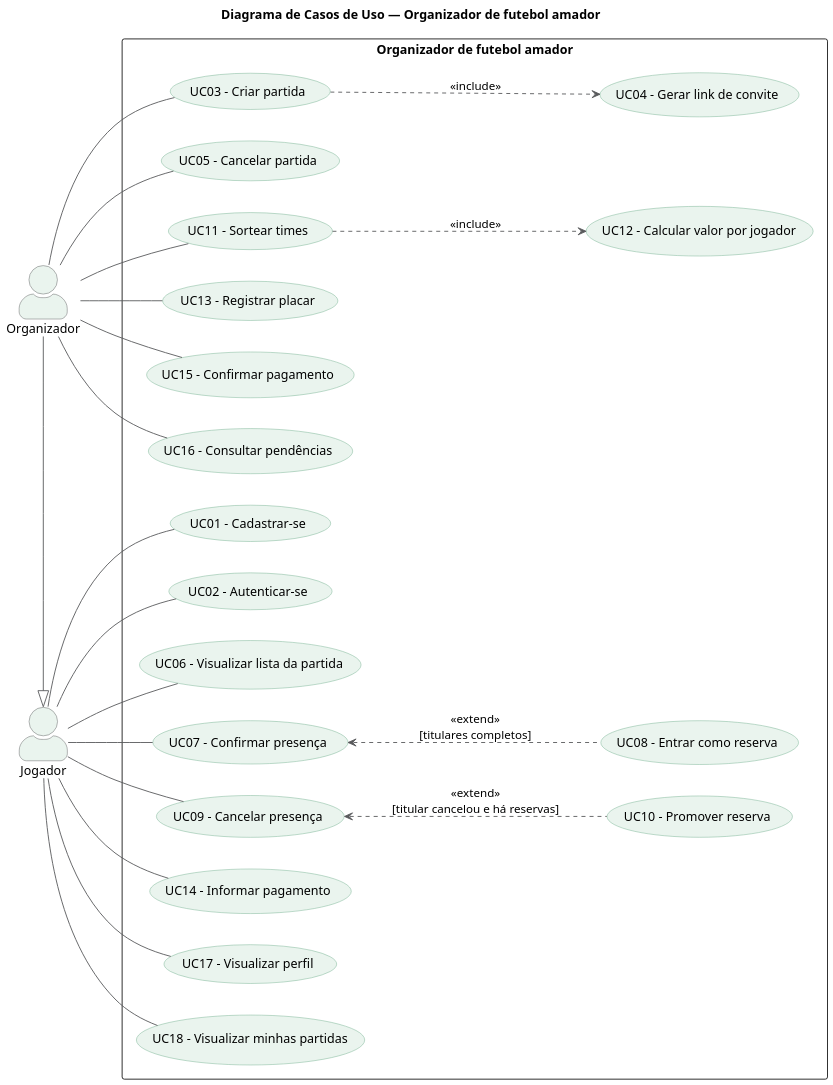
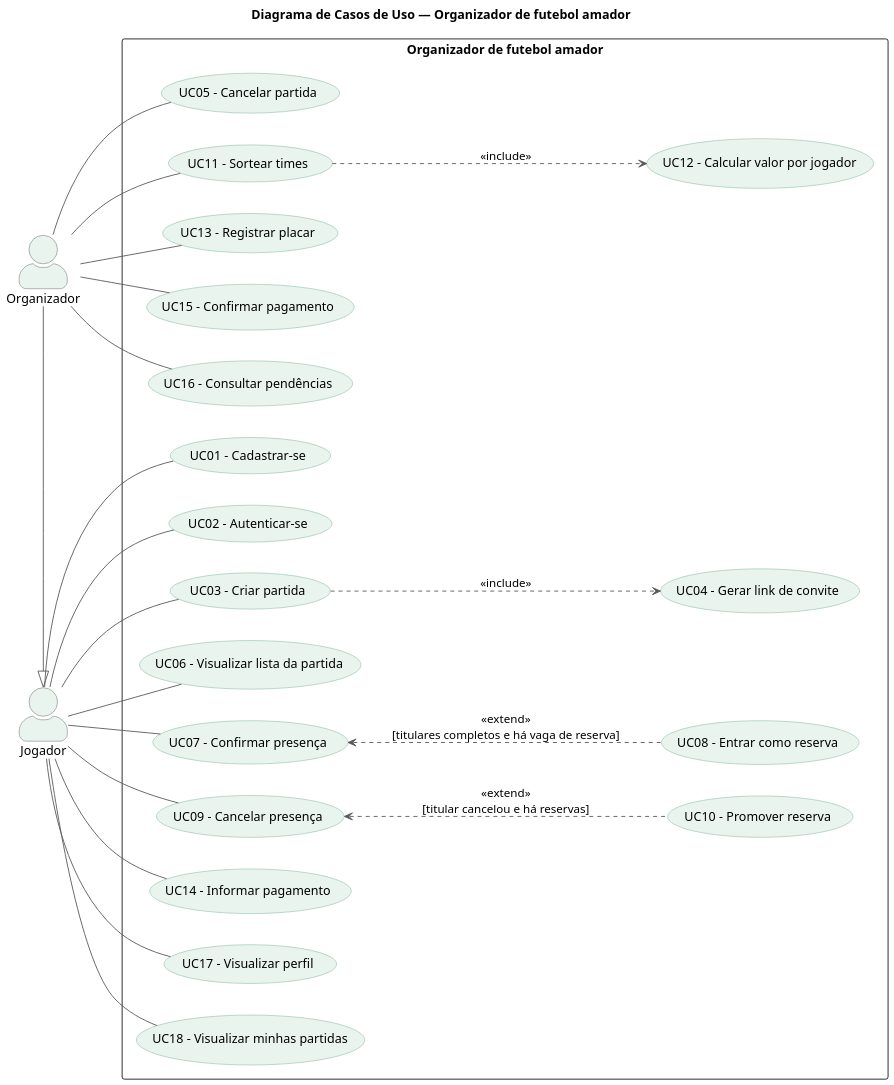
The diagram in diagramas/casos_de_uso.puml (VictorAndreon/Organizador-futebol-amador), drawn with PlantUML before and after one commit. The commit also changed 15 other files, not shown here.

```diff
--- a/diagramas/casos_de_uso.puml
+++ b/diagramas/casos_de_uso.puml
@@ -1,79 +1,79 @@
 @startuml casos_de_uso
 title Diagrama de Casos de Uso — Organizador de futebol amador
 
 skinparam dpi 150
 
 left to right direction
 skinparam actorStyle awesome
 skinparam packageStyle rectangle
 skinparam ArrowColor #58595B
 skinparam ActorBorderColor #58595B
 skinparam ActorBackgroundColor #EAF4EE
 skinparam usecase {
   BackgroundColor #EAF4EE
   BorderColor #6FAE8C
 }
 
 actor "Jogador" as Jogador
 actor "Organizador" as Organizador
 
 Organizador -|> Jogador
 
 rectangle "Organizador de futebol amador" {
   ' Conta
   usecase "UC01 - Cadastrar-se" as UC01
   usecase "UC02 - Autenticar-se" as UC02
 
   ' Partida
   usecase "UC03 - Criar partida" as UC03
   usecase "UC04 - Gerar link de convite" as UC04
   usecase "UC05 - Cancelar partida" as UC05
   usecase "UC06 - Visualizar lista da partida" as UC06
 
   ' Presença
   usecase "UC07 - Confirmar presença" as UC07
   usecase "UC08 - Entrar como reserva" as UC08
   usecase "UC09 - Cancelar presença" as UC09
   usecase "UC10 - Promover reserva" as UC10
 
   ' Jogo
   usecase "UC11 - Sortear times" as UC11
   usecase "UC12 - Calcular valor por jogador" as UC12
   usecase "UC13 - Registrar placar" as UC13
 
   ' Pagamento
   usecase "UC14 - Informar pagamento" as UC14
   usecase "UC15 - Confirmar pagamento" as UC15
   usecase "UC16 - Consultar pendências" as UC16
 
   ' Perfil
   usecase "UC17 - Visualizar perfil" as UC17
   usecase "UC18 - Visualizar minhas partidas" as UC18
 }
 
 ' Jogador
 Jogador -- UC01
 Jogador -- UC02
+Jogador -- UC03
 Jogador -- UC06
 Jogador -- UC07
 Jogador -- UC09
 Jogador -- UC14
 Jogador -- UC17
 Jogador -- UC18
 
-' Organizador (também herda todos os casos do Jogador)
-Organizador -- UC03
+' Organizador = quem criou a partida (também herda todos os casos do Jogador)
 Organizador -- UC05
 Organizador -- UC11
 Organizador -- UC13
 Organizador -- UC15
 Organizador -- UC16
 
 ' Relacionamentos ("A <.. B" desenha a seta de B para A,
 ' mantendo o caso base perto do ator)
 UC03 ..> UC04 : <<include>>
 UC11 ..> UC12 : <<include>>
-UC07 <.. UC08 : <<extend>>\n[titulares completos]
+UC07 <.. UC08 : <<extend>>\n[titulares completos e há vaga de reserva]
 UC09 <.. UC10 : <<extend>>\n[titular cancelou e há reservas]
 
 @enduml
```
